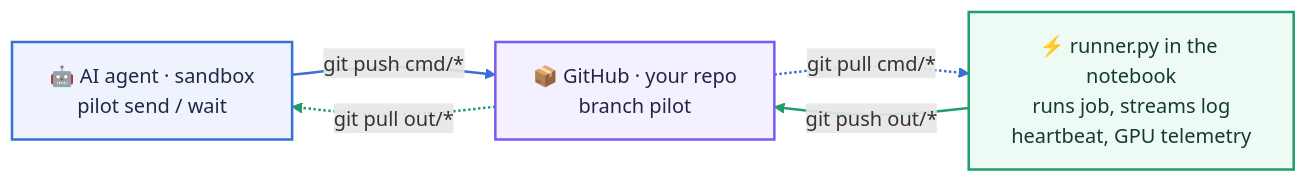
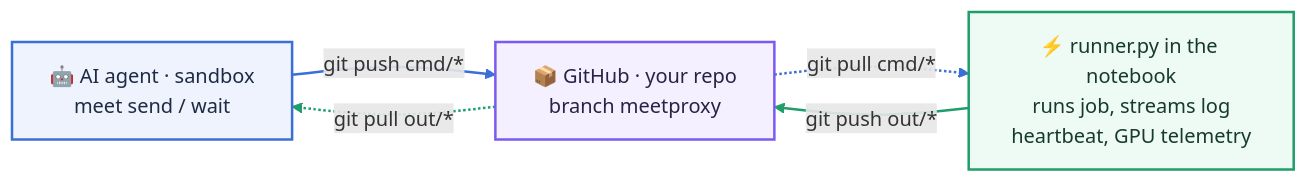
One commit to SergeyChere/MeetProxy changed the diagram in ARCHITECTURE.md. Above: the diagram before and after it, drawn with Mermaid. The commit also changed other lines of this file and 35 other files, not shown here.

First line of the commit message:
Rename: colab-pilot -> MeetProxy (0.6.0)

````diff
--- a/ARCHITECTURE.md
+++ b/ARCHITECTURE.md
@@ -10,21 +10,21 @@
 ```mermaid
 flowchart LR
-    A["🤖 AI agent · sandbox<br/>pilot send / wait"]
-    G["📦 GitHub · your repo<br/>branch pilot"]
+    A["🤖 AI agent · sandbox<br/>meet send / wait"]
+    G["📦 GitHub · your repo<br/>branch meetproxy"]
     R["⚡ runner.py in the notebook<br/>runs job, streams log<br/>heartbeat, GPU telemetry"]
     A -- "git push cmd/*" --> G
     G -. "git pull out/*" .-> A
     G -. "git pull cmd/*" .-> R
     R -- "git push out/*" --> G
 
     classDef agent fill:#eef3fd,stroke:#3b6fd8,stroke-width:2px,color:#1f2a44
     classDef repo fill:#f4f0ff,stroke:#7a5af0,stroke-width:2px,color:#2a2244
     classDef gpu fill:#eefaf4,stroke:#1f9d6b,stroke-width:2px,color:#163b2c
     class A agent
     class G repo
     class R gpu
     linkStyle 0 stroke:#3b6fd8,stroke-width:2px
     linkStyle 1 stroke:#1f9d6b,stroke-width:2px
     linkStyle 2 stroke:#3b6fd8,stroke-width:2px
     linkStyle 3 stroke:#1f9d6b,stroke-width:2px
 ```
````
